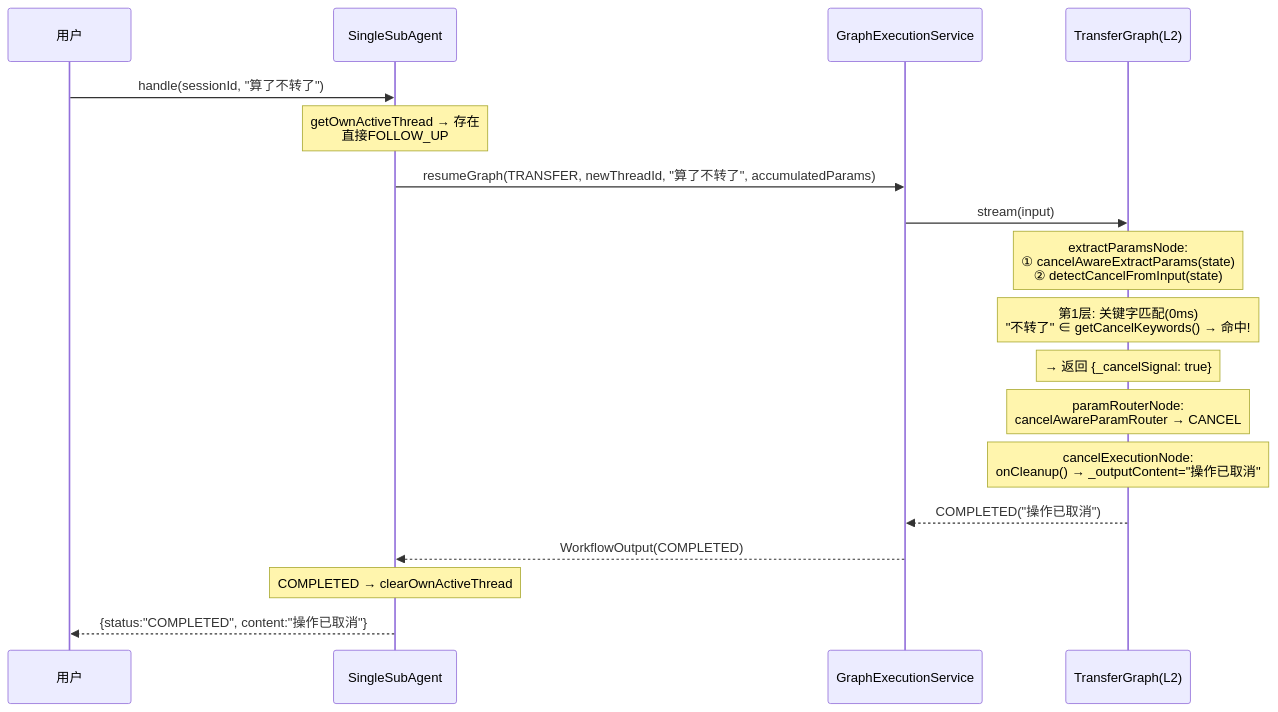
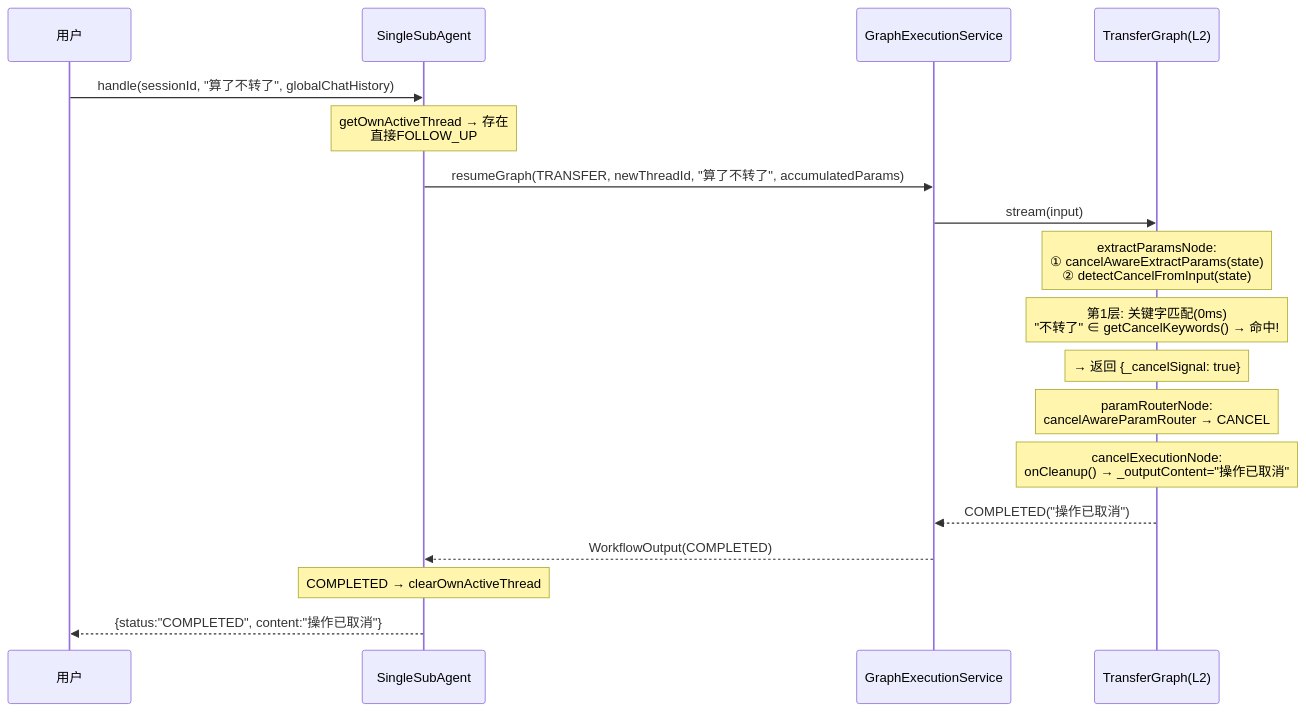
Before and after one commit to michael-lin-45/mobile-ai-bank-demo---workbuddy: diagram 12 of 18 in ARCHITECTURE-FULL.md, drawn with Mermaid. The commit also changed other lines of this file and 15 other files, not shown here.

````diff
--- a/ARCHITECTURE-FULL.md
+++ b/ARCHITECTURE-FULL.md
@@ -766,24 +773,24 @@
 ```mermaid
 sequenceDiagram
     participant U as 用户
     participant SSAD as SingleSubAgent
     participant GES as GraphExecutionService
     participant TG as TransferGraph(L2)
 
-    U->>SSAD: handle(sessionId, "算了不转了")
+    U->>SSAD: handle(sessionId, "算了不转了", globalChatHistory)
     Note over SSAD: getOwnActiveThread → 存在<br/>直接FOLLOW_UP
     SSAD->>GES: resumeGraph(TRANSFER, newThreadId, "算了不转了", accumulatedParams)
     GES->>TG: stream(input)
     
     Note over TG: extractParamsNode:<br/>① cancelAwareExtractParams(state)<br/>② detectCancelFromInput(state)
     
     Note over TG: 第1层: 关键字匹配(0ms)<br/>"不转了" ∈ getCancelKeywords() → 命中!
     
     Note over TG: → 返回 {_cancelSignal: true}
     Note over TG: paramRouterNode:<br/>cancelAwareParamRouter → CANCEL
     Note over TG: cancelExecutionNode:<br/>onCleanup() → _outputContent="操作已取消"
     TG-->>GES: COMPLETED("操作已取消")
     GES-->>SSAD: WorkflowOutput(COMPLETED)
     Note over SSAD: COMPLETED → clearOwnActiveThread
     SSAD-->>U: {status:"COMPLETED", content:"操作已取消"}
 ```
````
